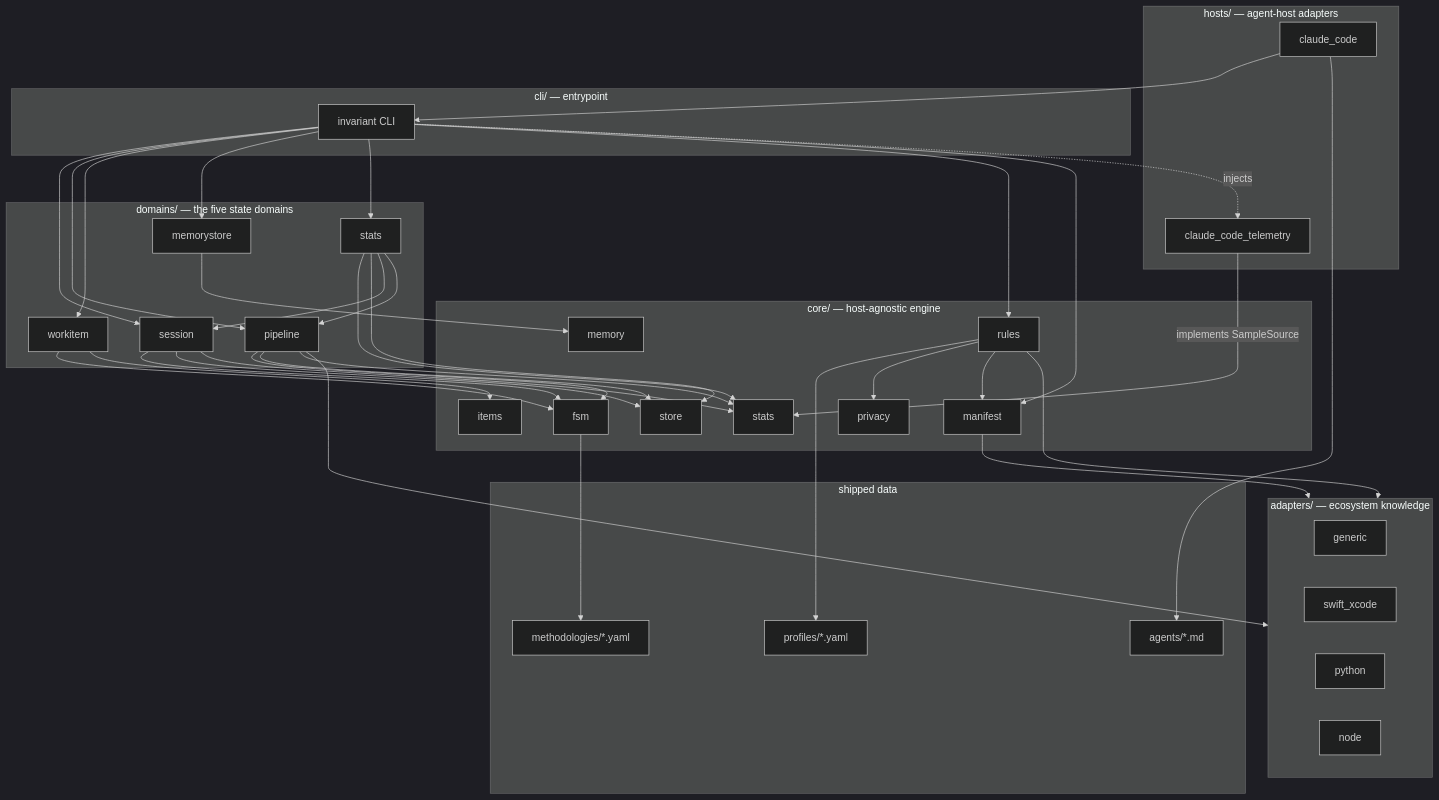
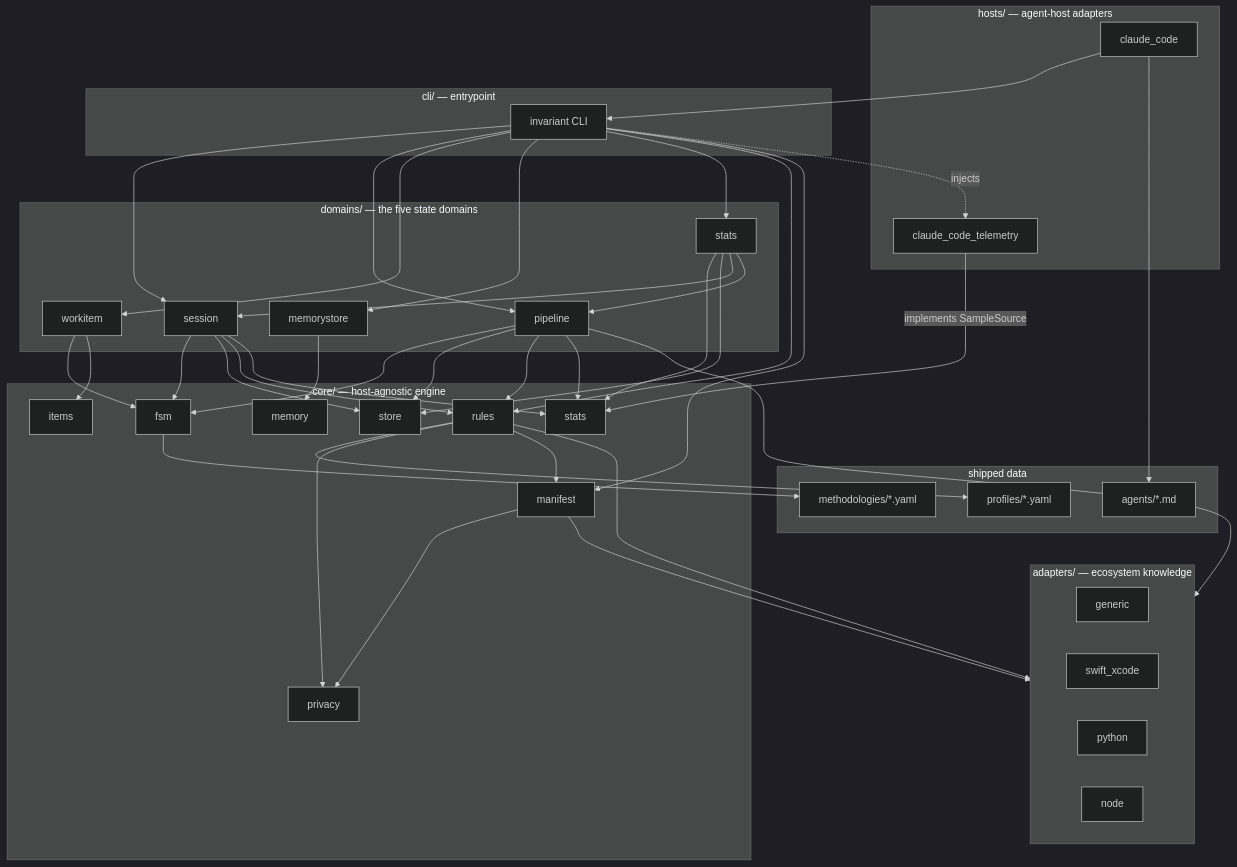
One commit to Mindchallenges/Invariant changed the first of 3 diagrams in docs/architecture/overview.md. Above: the diagram before and after it, drawn with Mermaid (dark theme). The commit also changed other lines of this file and 21 other files, not shown here.

````diff
--- a/docs/architecture/overview.md
+++ b/docs/architecture/overview.md
@@ -12,77 +12,80 @@
 ```mermaid
 graph TD
     subgraph host["hosts/ — agent-host adapters"]
         CC[claude_code]
         CCTEL[claude_code_telemetry]
     end
 
     subgraph cli["cli/ — entrypoint"]
         CLI[invariant CLI]
     end
 
     subgraph core["core/ — host-agnostic engine"]
         FSM[fsm]
         STORE[store]
         MANIFEST[manifest]
         RULES[rules]
         ITEMS[items]
         MEMORY[memory]
         PRIVACY[privacy]
         STATS[stats]
     end
 
     subgraph domains["domains/ — the five state domains"]
         SESSION[session]
         PIPELINE[pipeline]
         WORKITEM[workitem]
         MEMDOMAIN[memorystore]
         STATSDOMAIN[stats]
     end
 
     subgraph adapters["adapters/ — ecosystem knowledge"]
         GENERIC[generic]
         SWIFT[swift_xcode]
         PY[python]
         NODE[node]
     end
 
     subgraph data["shipped data"]
         METH[methodologies/*.yaml]
         PROF[profiles/*.yaml]
         AGENTS[agents/*.md]
     end
 
     CC --> CLI
     CLI --> SESSION
     CLI --> PIPELINE
     CLI --> WORKITEM
     CLI --> MEMDOMAIN
     CLI --> STATSDOMAIN
     CLI --> RULES
     CLI --> MANIFEST
     CLI -. injects .-> CCTEL
 
     SESSION --> FSM
     PIPELINE --> FSM
     WORKITEM --> FSM
     SESSION --> STORE
     PIPELINE --> STORE
+    SESSION --> RULES
+    PIPELINE --> RULES
     WORKITEM --> ITEMS
     MEMDOMAIN --> MEMORY
     STATSDOMAIN --> STATS
     STATSDOMAIN --> STORE
     STATSDOMAIN --> SESSION
     STATSDOMAIN --> PIPELINE
     SESSION --> STATS
     PIPELINE --> STATS
     CCTEL -- implements SampleSource --> STATS
 
     FSM --> METH
     RULES --> PROF
     RULES --> PRIVACY
     RULES --> MANIFEST
     RULES --> adapters
     MANIFEST --> adapters
+    MANIFEST --> PRIVACY
     PIPELINE --> adapters
     CC --> AGENTS
 ```
````
